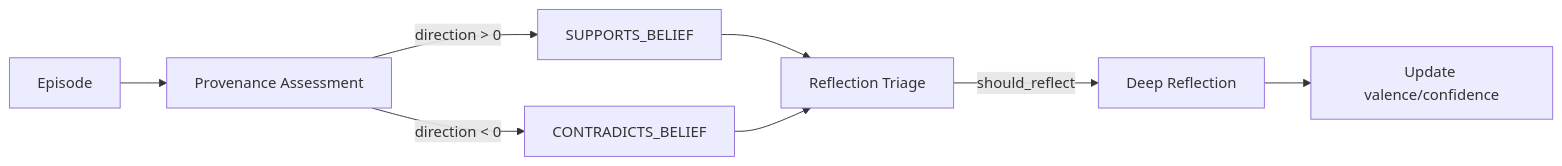
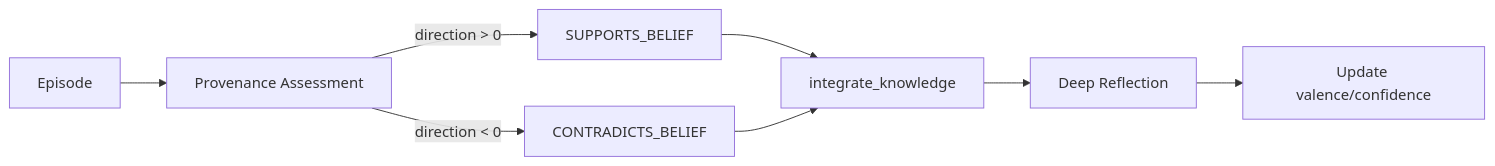
The diagram in docs/concepts/beliefs.md (Okm165/Sonality), drawn with Mermaid before and after one commit. The commit also changed other lines of this file and 15 other files, not shown here.

````diff
--- a/docs/concepts/beliefs.md
+++ b/docs/concepts/beliefs.md
@@ -16,9 +16,9 @@
 ```mermaid
 flowchart LR
     Episode --> Prov[Provenance Assessment]
     Prov -->|direction > 0| S[SUPPORTS_BELIEF]
     Prov -->|direction < 0| C[CONTRADICTS_BELIEF]
-    S & C --> Triage[Reflection Triage]
-    Triage -->|should_reflect| Deep[Deep Reflection]
+    S & C --> Integrate[integrate_knowledge]
+    Integrate --> Deep[Deep Reflection]
     Deep --> Update[Update valence/confidence]
 ```
````
